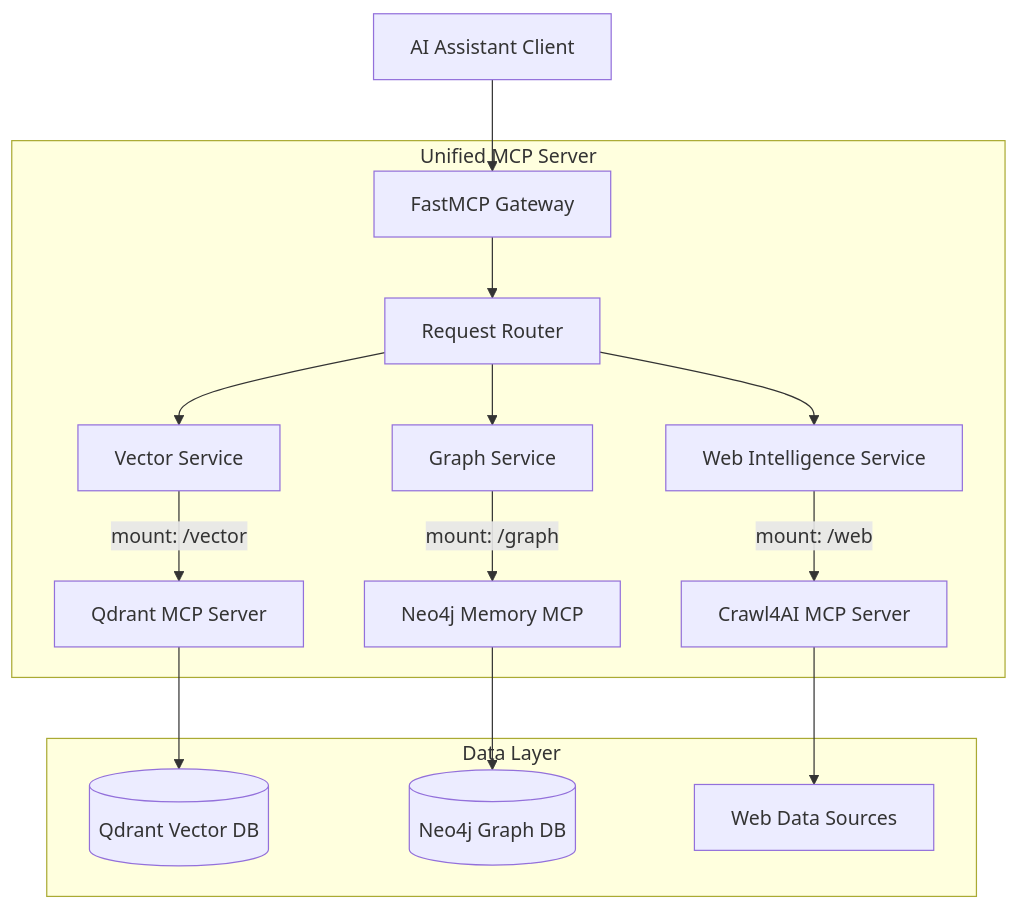
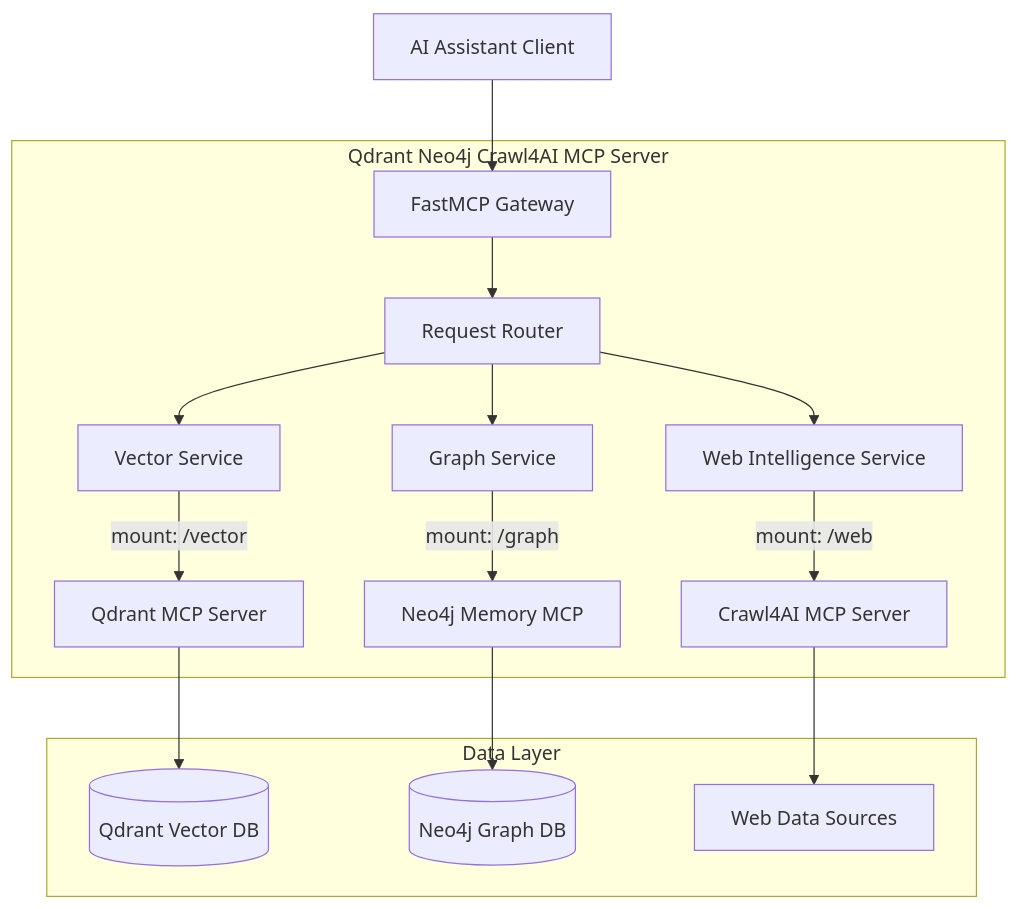
Before and after one commit to Hyperkorn/qdrant-neo4j-crawl4ai-mcp: the diagram in README.md, drawn with Mermaid. The commit also changed other lines of this file and 2 other files, not shown here.

Commit message:
docs(env): Add environment configuration template and update README for Qdrant Neo4j MCP Server

````diff
--- a/README.md
+++ b/README.md
@@ -16,21 +16,21 @@
 ```mermaid
 graph TB
     Client[AI Assistant Client] --> Gateway[FastMCP Gateway]
     
-    subgraph "Unified MCP Server"
+    subgraph "Qdrant Neo4j Crawl4AI MCP Server"
         Gateway --> Router[Request Router]
         Router --> Vector[Vector Service]
         Router --> Graph[Graph Service] 
         Router --> Web[Web Intelligence Service]
         
         Vector --> |mount: /vector| QdrantMCP[Qdrant MCP Server]
         Graph --> |mount: /graph| Neo4jMCP[Neo4j Memory MCP]
         Web --> |mount: /web| Crawl4AIMCP[Crawl4AI MCP Server]
     end
     
     subgraph "Data Layer"
         QdrantMCP --> QdrantDB[(Qdrant Vector DB)]
         Neo4jMCP --> Neo4jDB[(Neo4j Graph DB)]
         Crawl4AIMCP --> WebSources[Web Data Sources]
     end
 ```
````
